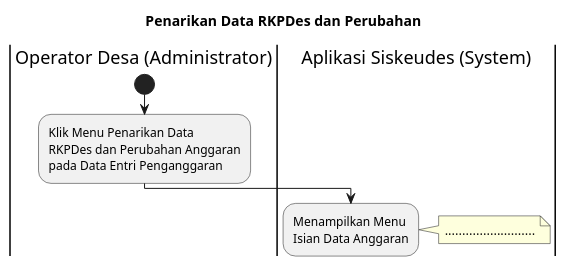
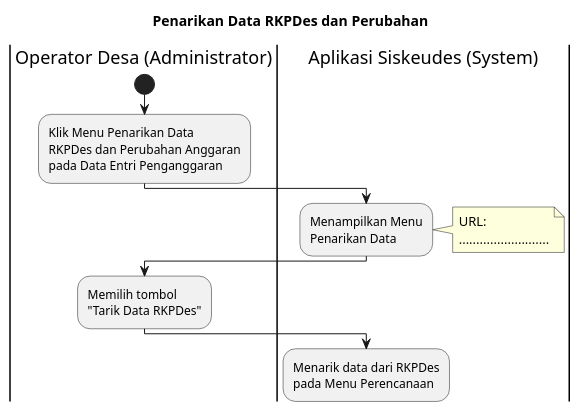
Before and after one commit to diancahyadi86/ProbisSiskudesWeb: the diagram in Act Diagram/ANG1a_Penarikan Data RKPDes dan Perubahan.puml, drawn with PlantUML.

Commit message:
penambahan proses di penatausahaan

```diff
--- a/Act Diagram/ANG1a_Penarikan Data RKPDes dan Perubahan.puml
+++ b/Act Diagram/ANG1a_Penarikan Data RKPDes dan Perubahan.puml
@@ -1,15 +1,21 @@
 @startuml
 title "Penarikan Data RKPDes dan Perubahan"
 |Operator Desa (Administrator)|
 start
 :Klik Menu Penarikan Data
 RKPDes dan Perubahan Anggaran
 pada Data Entri Penganggaran;
 |Aplikasi Siskeudes (System)|
 :Menampilkan Menu
-Isian Data Anggaran;
+Penarikan Data;
 note right
+    URL:
     ..........................
 end note
-
+|Operator Desa (Administrator)|
+:Memilih tombol
+"Tarik Data RKPDes";
+|Aplikasi Siskeudes (System)|
+:Menarik data dari RKPDes
+pada Menu Perencanaan;
 @enduml
```
